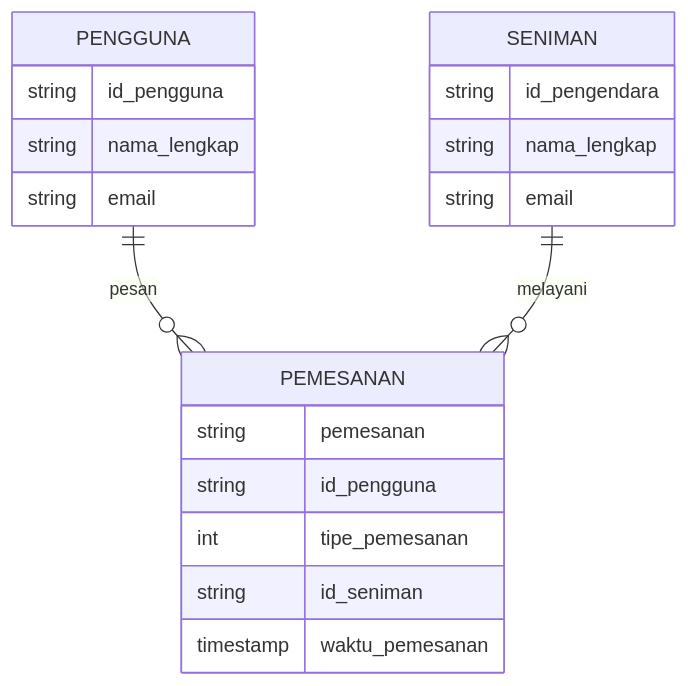
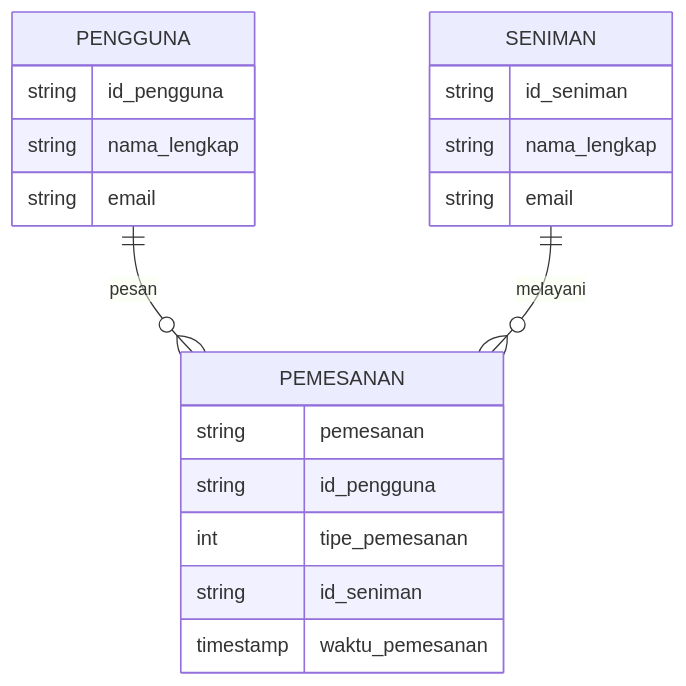
The diagram in contoh-jawaban-job-interview.md (Azispanji24/azis-job-interview-if), drawn with Mermaid before and after one commit.

````diff
--- a/contoh-jawaban-job-interview.md
+++ b/contoh-jawaban-job-interview.md
@@ -89,24 +89,24 @@
 ```mermaid
 
 erDiagram
     PENGGUNA ||--o{ PEMESANAN : pesan
     PENGGUNA {
         string id_pengguna
         string nama_lengkap
         string email
     }
     PEMESANAN {
         string pemesanan
         string id_pengguna
         int tipe_pemesanan
         string id_seniman
         timestamp waktu_pemesanan
     }
     SENIMAN ||--o{ PEMESANAN : melayani
     SENIMAN {
-        string id_pengendara
+        string id_seniman
         string nama_lengkap
         string email
     }
 
 ```
````
